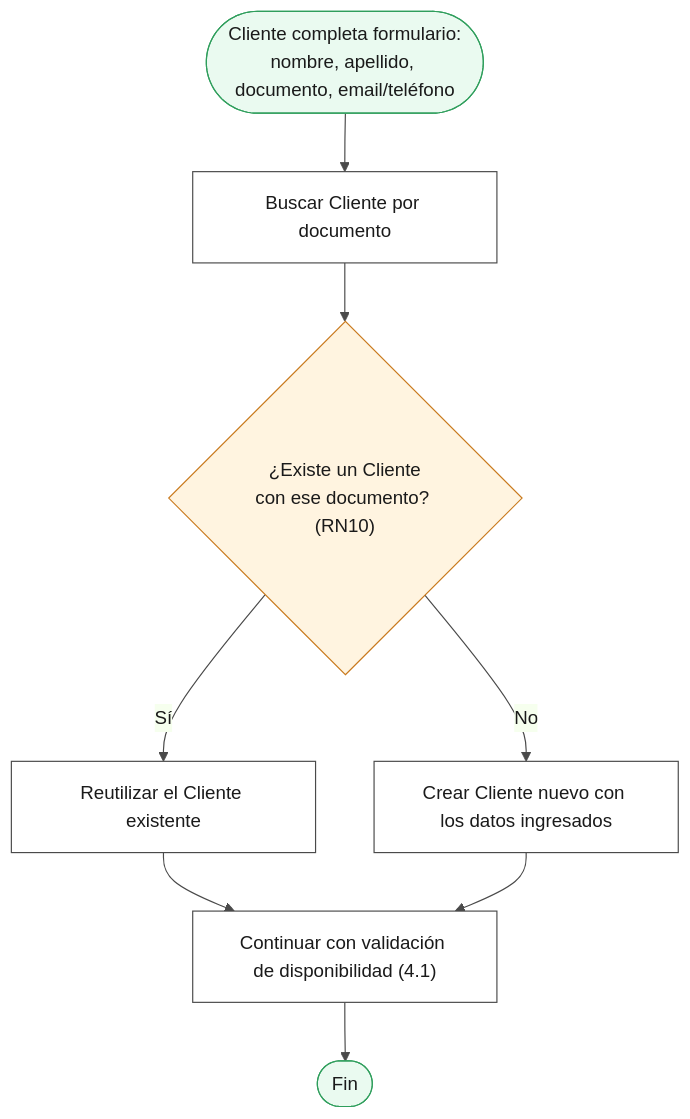
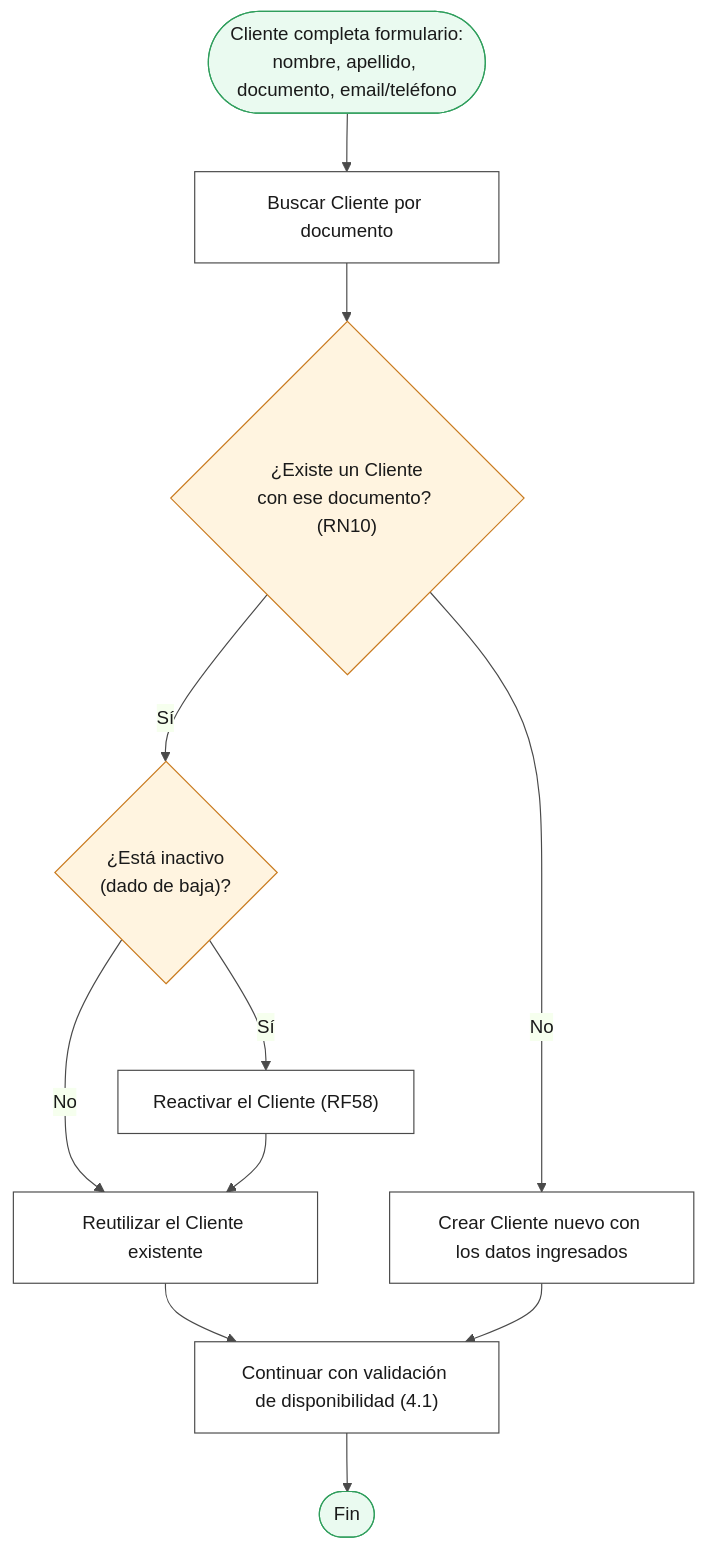
The diagram in docs/03-uml/fuentes/parte2-actividades-reutilizacion-cliente.mmd (chaarlyez/Sistema_de_alquiler_de_veh-culos), drawn with Mermaid before and after one commit. The commit also changed 7 other files, not shown here.

First line of the commit message:
docs(uml): ajustar reservas al borrado logico (parte 2)

```diff
--- a/docs/03-uml/fuentes/parte2-actividades-reutilizacion-cliente.mmd
+++ b/docs/03-uml/fuentes/parte2-actividades-reutilizacion-cliente.mmd
@@ -1,23 +1,26 @@
 %%{init: {'theme': 'base', 'themeVariables': {
   'background': '#ffffff',
   'primaryColor': '#eef6ff',
   'primaryBorderColor': '#2a6fb0',
   'primaryTextColor': '#1a1a1a',
   'lineColor': '#4a4a4a',
   'textColor': '#1a1a1a'
 }}}%%
 flowchart TD
     Start(["Cliente completa formulario:<br/>nombre, apellido, documento, email/teléfono"]) --> Buscar["Buscar Cliente por documento"]
     Buscar --> Existe{"¿Existe un Cliente<br/>con ese documento? (RN10)"}
-    Existe -- Sí --> Reusar["Reutilizar el Cliente existente"]
+    Existe -- Sí --> Inactivo{"¿Está inactivo<br/>(dado de baja)?"}
+    Inactivo -- Sí --> Reactivar["Reactivar el Cliente (RF58)"]
+    Inactivo -- No --> Reusar["Reutilizar el Cliente existente"]
+    Reactivar --> Reusar
     Existe -- No --> Crear["Crear Cliente nuevo con los datos ingresados"]
     Reusar --> Continuar["Continuar con validación de disponibilidad (4.1)"]
     Crear --> Continuar
     Continuar --> Fin(["Fin"])
 
     classDef startEnd fill:#eafaf0,stroke:#2f9e5c,color:#1a1a1a
     classDef decision fill:#fff4e0,stroke:#c97a1e,color:#1a1a1a
     classDef action fill:#ffffff,stroke:#4a4a4a,color:#1a1a1a
     class Start,Fin startEnd
-    class Existe decision
-    class Buscar,Reusar,Crear,Continuar action
+    class Existe,Inactivo decision
+    class Buscar,Reusar,Reactivar,Crear,Continuar action
```
